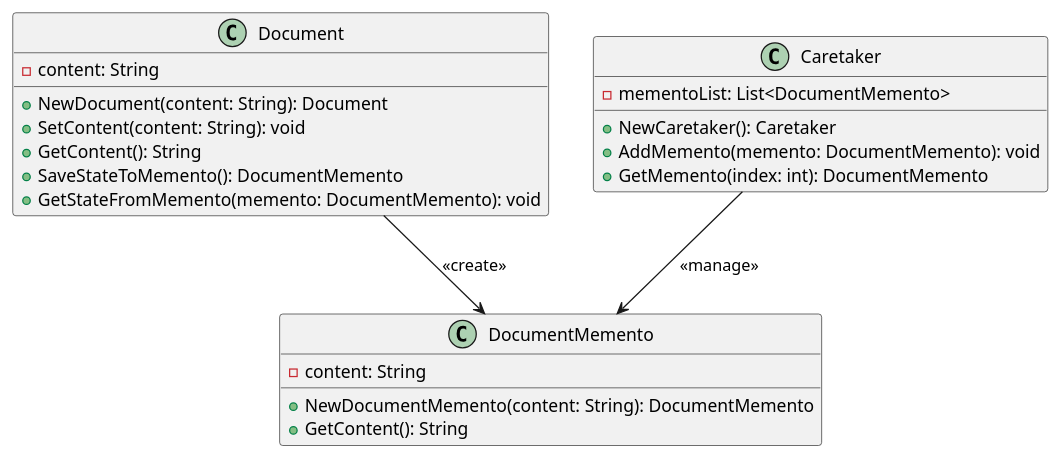
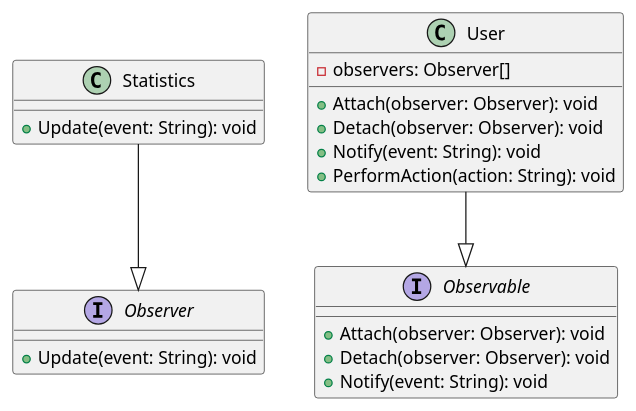
The diagram in klassifikaciya-patternov/povedencheskie-patterny-behavioral-patterns/nablyudatel-observer/primery/obnovlenie-statistiki/go.md (andrewovchinnikov/design-patterns), drawn with PlantUML before and after one commit. The commit also changed other lines of this file and 122 other files, not shown here.

````diff
--- a/klassifikaciya-patternov/povedencheskie-patterny-behavioral-patterns/nablyudatel-observer/primery/obnovlenie-statistiki/go.md
+++ b/klassifikaciya-patternov/povedencheskie-patterny-behavioral-patterns/nablyudatel-observer/primery/obnovlenie-statistiki/go.md
@@ -123,30 +99,30 @@
 ```plantuml
 @startuml
 
-class Document {
-    -content: String
-    +NewDocument(content: String): Document
-    +SetContent(content: String): void
-    +GetContent(): String
-    +SaveStateToMemento(): DocumentMemento
-    +GetStateFromMemento(memento: DocumentMemento): void
+interface Observer {
+    +Update(event: String): void
 }
 
-class DocumentMemento {
-    -content: String
-    +NewDocumentMemento(content: String): DocumentMemento
-    +GetContent(): String
+interface Observable {
+    +Attach(observer: Observer): void
+    +Detach(observer: Observer): void
+    +Notify(event: String): void
 }
 
-class Caretaker {
-    -mementoList: List<DocumentMemento>
-    +NewCaretaker(): Caretaker
-    +AddMemento(memento: DocumentMemento): void
-    +GetMemento(index: int): DocumentMemento
+class User {
+    -observers: Observer[]
+    +Attach(observer: Observer): void
+    +Detach(observer: Observer): void
+    +Notify(event: String): void
+    +PerformAction(action: String): void
 }
 
-Document --> DocumentMemento: <<create>>
-Caretaker --> DocumentMemento: <<manage>>
+class Statistics {
+    +Update(event: String): void
+}
+
+User --|> Observable
+Statistics --|> Observer
 
 @enduml
 ```
````
